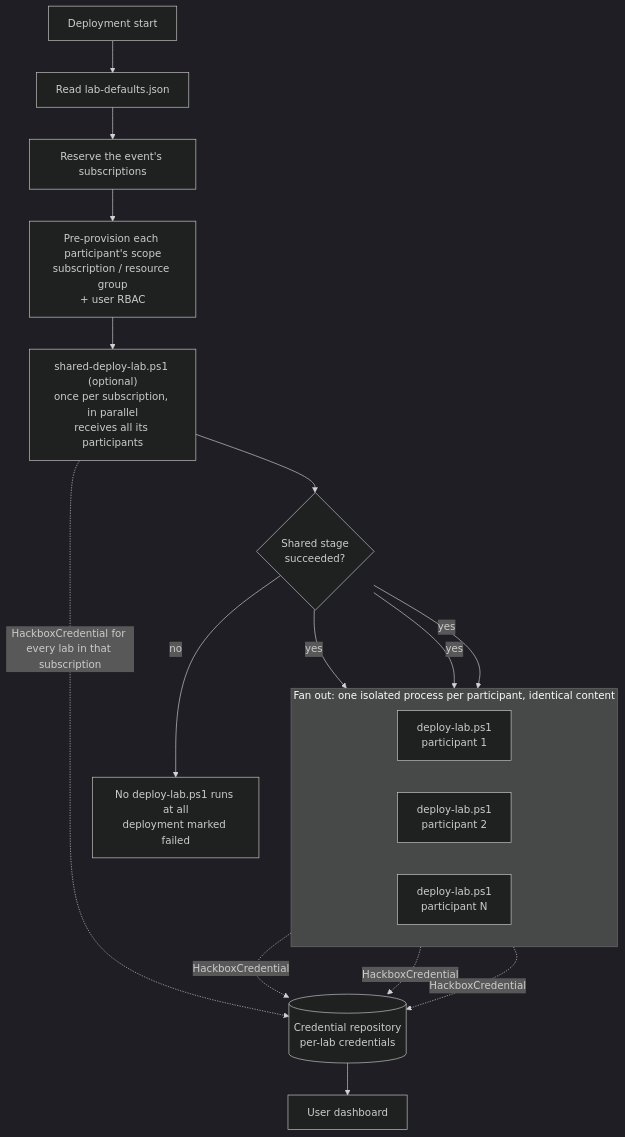
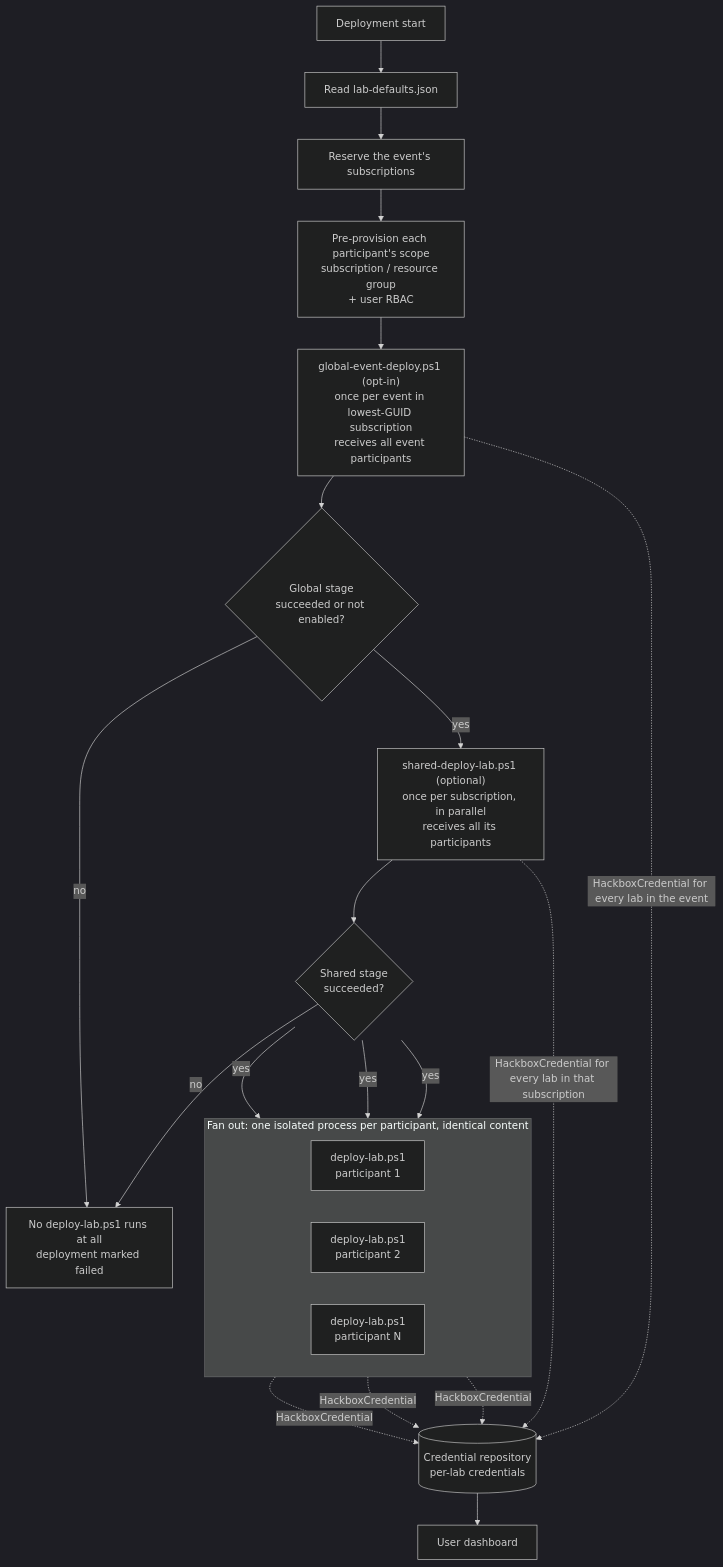
The diagram in 99-MicroHack-Template/labautomation/README.md (microsoft/MicroHack), drawn with Mermaid (dark theme) before and after one commit. The commit also changed other lines of this file and 18 other files, not shown here.

First line of the commit message:
Deploy one global LocalBox per Sovereign Cloud event

````diff
--- a/99-MicroHack-Template/labautomation/README.md
+++ b/99-MicroHack-Template/labautomation/README.md
@@ -25,27 +28,31 @@
 ```mermaid
 flowchart TD
     A[Deployment start] --> B[Read lab-defaults.json]
     B --> C["Reserve the event's subscriptions"]
     C --> D["Pre-provision each participant's scope<br/>subscription / resource group<br/>+ user RBAC"]
-    D --> SH["shared-deploy-lab.ps1 (optional)<br/>once per subscription, in parallel<br/>receives all its participants"]
+    D --> GE["global-event-deploy.ps1 (opt-in)<br/>once per event in lowest-GUID subscription<br/>receives all event participants"]
+    GE --> GG{"Global stage<br/>succeeded or not enabled?"}
+    GG -- no --> X
+    GG -- yes --> SH["shared-deploy-lab.ps1 (optional)<br/>once per subscription, in parallel<br/>receives all its participants"]
     SH --> G{"Shared stage<br/>succeeded?"}
     G -- no --> X["No deploy-lab.ps1 runs at all<br/>deployment marked failed"]
 
     subgraph fan["Fan out: one isolated process per participant, identical content"]
         direction LR
         L1["deploy-lab.ps1<br/>participant 1"]
         L2["deploy-lab.ps1<br/>participant 2"]
         LN["deploy-lab.ps1<br/>participant N"]
     end
 
     G -- yes --> L1
     G -- yes --> L2
     G -- yes --> LN
 
     SH -. HackboxCredential for every lab in that subscription .-> CR
+    GE -. HackboxCredential for every lab in the event .-> CR
     L1 -. HackboxCredential .-> CR
     L2 -. HackboxCredential .-> CR
     LN -. HackboxCredential .-> CR
 
     CR[(Credential repository<br/>per-lab credentials)] --> DASH[User dashboard]
 ```
````
